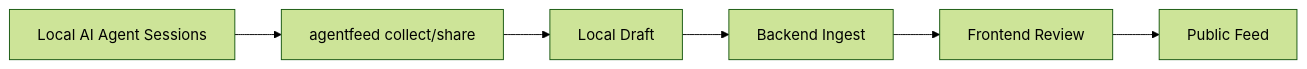
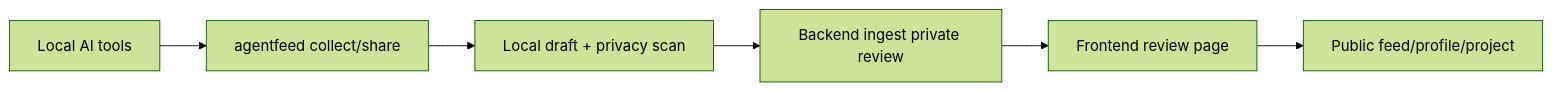
Before and after one commit to downingmoon/agentfeed-cli: the diagram in obsidian-vault/00 - Maps/AgentFeed CLI MOC.md, drawn with Mermaid (forest theme). The commit also changed other lines of this file and 263 other files, not shown here.

First line of the commit message:
Make the vault reflect current AgentFeed reality

````diff
--- a/obsidian-vault/00 - Maps/AgentFeed CLI MOC.md
+++ b/obsidian-vault/00 - Maps/AgentFeed CLI MOC.md
@@ -19,8 +19,8 @@
 ```mermaid
 graph LR
-    A[Local AI Agent Sessions] --> B[agentfeed collect/share]
-    B --> C[Local Draft]
-    C --> D[Backend Ingest]
-    D --> E[Frontend Review]
-    E --> F[Public Feed]
+  A[Local AI tools] --> B[agentfeed collect/share]
+  B --> C[Local draft + privacy scan]
+  C --> D[Backend ingest private review]
+  D --> E[Frontend review page]
+  E --> F[Public feed/profile/project]
 ```
````
